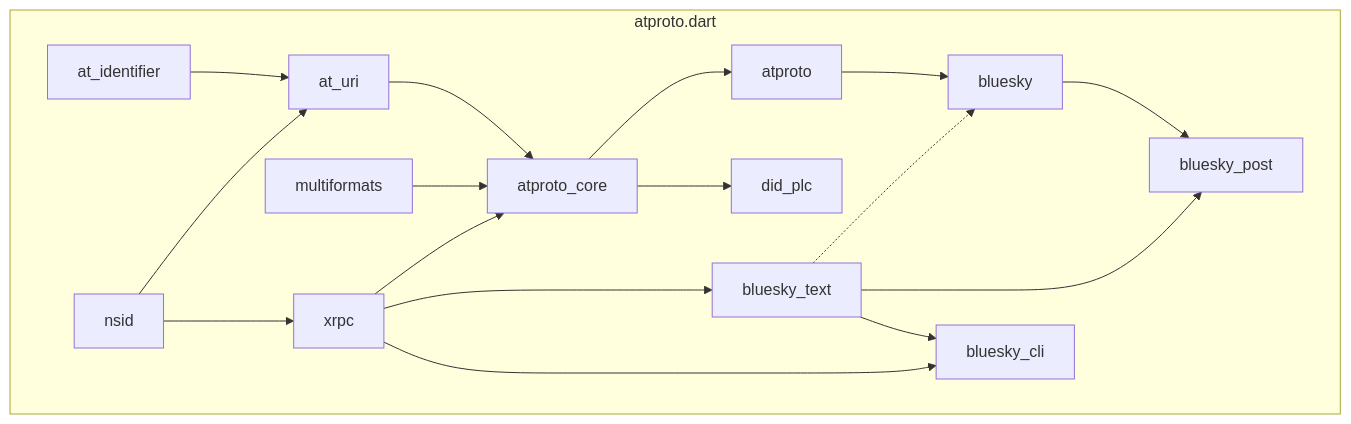
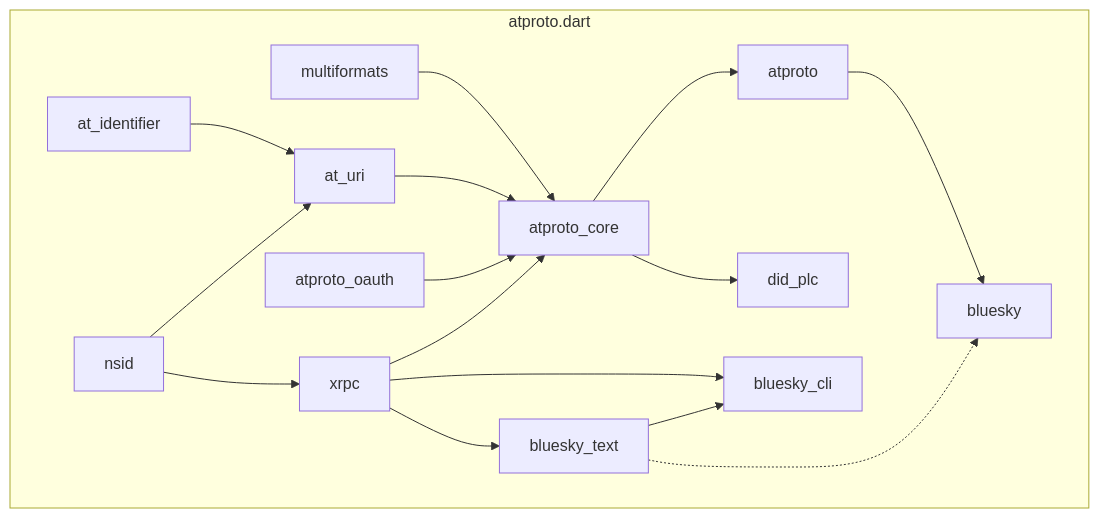
Before and after one commit to myConsciousness/atproto.dart: the diagram in website/docs/packages/overview.md, drawn with Mermaid. The commit also changed other lines of this file and 15 other files, not shown here.

````diff
--- a/website/docs/packages/overview.md
+++ b/website/docs/packages/overview.md
@@ -51,26 +52,23 @@
 ```mermaid
 flowchart TD
     subgraph atproto.dart
     at_identifier --> at_uri;
     nsid --> at_uri;
     multiformats --> atproto_core;
 
     nsid --> xrpc;
     at_uri --> atproto_core;
+    atproto_oauth --> atproto_core;
     xrpc --> atproto_core;
 
     atproto_core --> atproto;
     atproto_core --> did_plc;
     atproto --> bluesky;
 
-    bluesky --> bluesky_post
-
     xrpc --> bluesky_text
-
     xrpc --> bluesky_cli
 
     bluesky_text -.-> bluesky
-    bluesky_text --> bluesky_post
     bluesky_text --> bluesky_cli
     end
 ```
````
